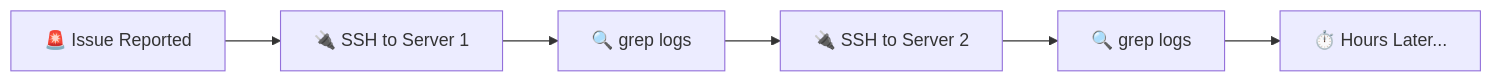
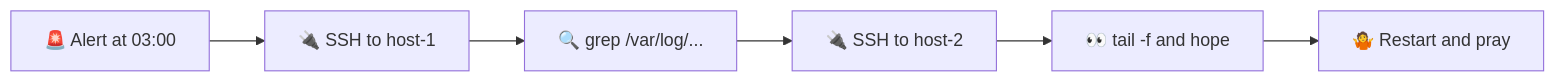
The third of 10 diagrams in lectures/lec7.md (inno-devops-labs/DevOps-Core-Course), drawn with Mermaid before and after one commit. The commit also changed other lines of this file and 24 other files, not shown here.

````diff
--- a/lectures/lec7.md
+++ b/lectures/lec7.md
@@ -83,8 +62,8 @@
 ```mermaid
 flowchart LR
-  Issue[🚨 Issue Reported] --> SSH1[🔌 SSH to Server 1]
-  SSH1 --> Grep1[🔍 grep logs]
-  Grep1 --> SSH2[🔌 SSH to Server 2]
-  SSH2 --> Grep2[🔍 grep logs]
-  Grep2 --> Hours[⏱️ Hours Later...]
+  Alert[🚨 Alert at 03:00] --> SSH1[🔌 SSH to host-1]
+  SSH1 --> Grep1[🔍 grep /var/log/...]
+  Grep1 --> SSH2[🔌 SSH to host-2]
+  SSH2 --> Tail[👀 tail -f and hope]
+  Tail --> Guess[🤷 Restart and pray]
 ```
````
